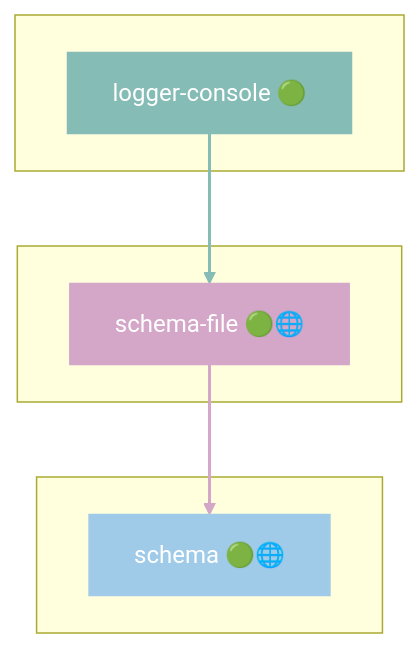
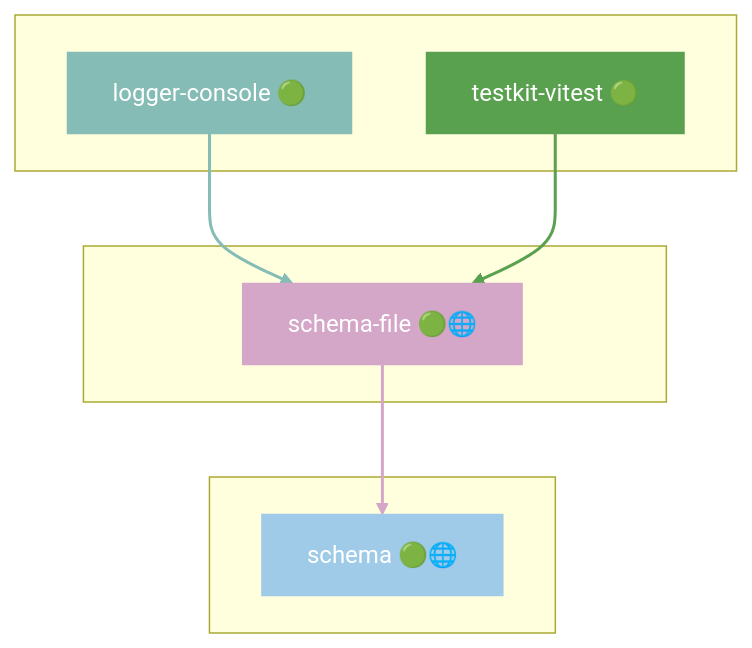
Diagram 37 of 45 in docs/DEPENDENCIES.md (grest-ts/grest-ts), drawn with Mermaid before and after one commit. The commit also changed other lines of this file and 22 other files, not shown here.

````diff
--- a/docs/DEPENDENCIES.md
+++ b/docs/DEPENDENCIES.md
@@ -1797,19 +1857,23 @@
 ```mermaid
 flowchart TB
     subgraph Dependents[" "]
         logger-console["logger-console 🟢"]
+        testkit-vitest["testkit-vitest 🟢"]
     end
     subgraph Package[" "]
         schema-file["schema-file 🟢🌐"]
     end
     subgraph Dependencies[" "]
         schema["schema 🟢🌐"]
     end
     logger-console --> schema-file
+    testkit-vitest --> schema-file
     schema-file --> schema
     style schema-file fill:#D4A6C8,stroke:#D4A6C8,color:#fff
     style logger-console fill:#86BCB6,stroke:#86BCB6,color:#fff
+    style testkit-vitest fill:#59A14F,stroke:#59A14F,color:#fff
     style schema fill:#A0CBE8,stroke:#A0CBE8,color:#fff
     linkStyle 0 stroke:#86BCB6,stroke-width:2px
-    linkStyle 1 stroke:#D4A6C8,stroke-width:2px
+    linkStyle 1 stroke:#59A14F,stroke-width:2px
+    linkStyle 2 stroke:#D4A6C8,stroke-width:2px
 ```
````
